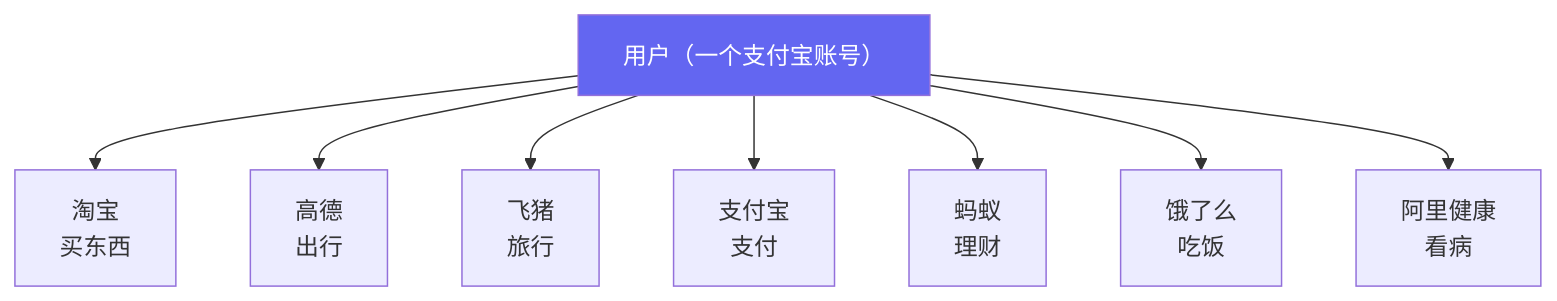
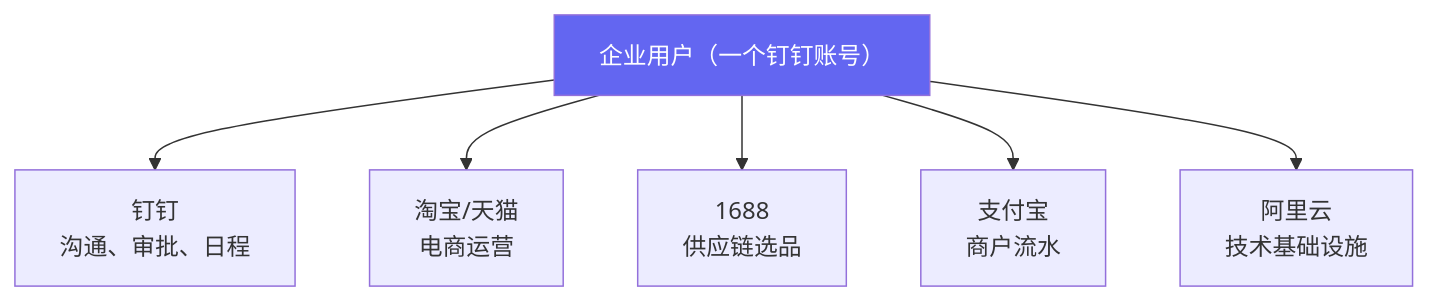
One commit to Trashwbin/quill changed the second of 8 diagrams in content/zh/posts/visual-vs-api-permission.md. Above: the diagram before and after it, drawn with Mermaid. The commit also changed other lines of this file, not shown here.

````diff
--- a/content/zh/posts/visual-vs-api-permission.md
+++ b/content/zh/posts/visual-vs-api-permission.md
@@ -44,14 +50,12 @@
 ```mermaid
 graph TB
-    User["用户（一个支付宝账号）"]
+    User["企业用户（一个钉钉账号）"]
     
-    User --> TB["淘宝<br/>买东西"]
-    User --> GD["高德<br/>出行"]
-    User --> FZ["飞猪<br/>旅行"]
-    User --> ZFB["支付宝<br/>支付"]
-    User --> MF["蚂蚁<br/>理财"]
-    User --> ELM["饿了么<br/>吃饭"]
-    User --> Health["阿里健康<br/>看病"]
+    User --> DD["钉钉<br/>沟通、审批、日程"]
+    User --> TB["淘宝/天猫<br/>电商运营"]
+    User --> ALI1688["1688<br/>供应链选品"]
+    User --> ZFB["支付宝<br/>商户流水"]
+    User --> Cloud["阿里云<br/>技术基础设施"]
     
     style User fill:#6366f1,color:#fff
 ```
````
